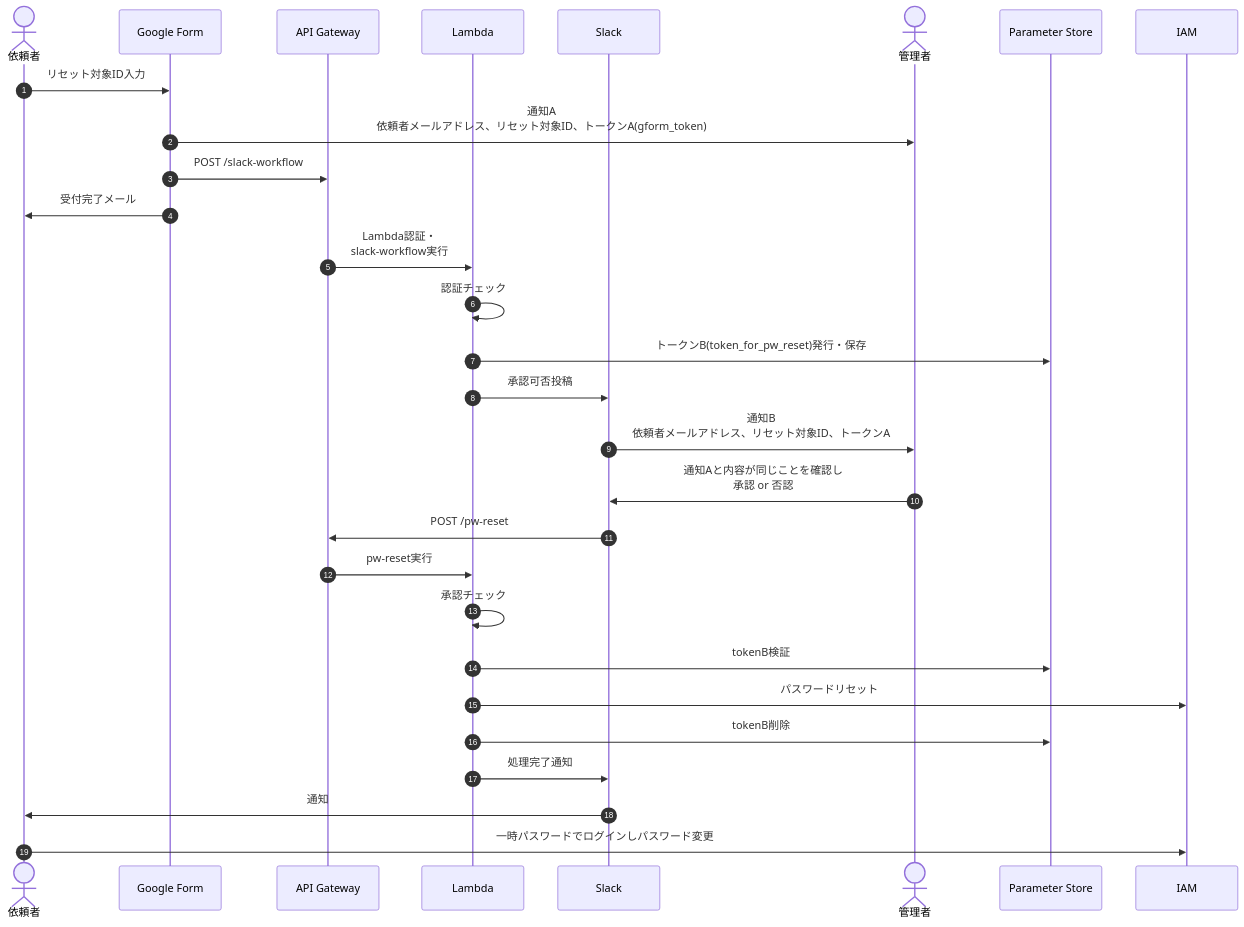
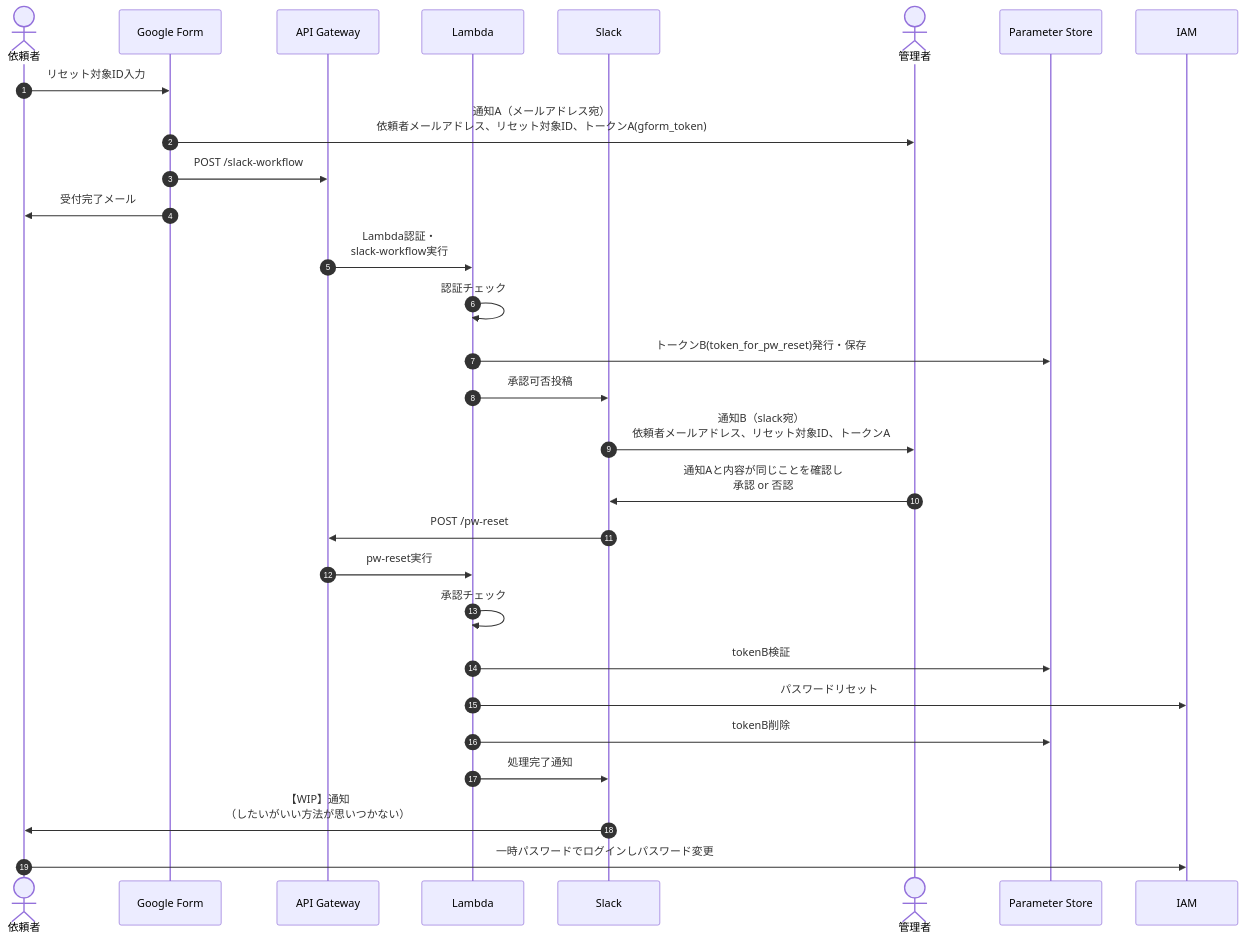
The diagram in README.md (hige-dev/pw-reset), drawn with Mermaid before and after one commit.

````diff
--- a/README.md
+++ b/README.md
@@ -67,31 +67,31 @@
 ```mermaid
 sequenceDiagram
   autonumber
   actor line_2 as 依頼者
   participant line_1 as Google Form
   participant line_3 as API Gateway
   participant line_5 as Lambda
   participant line_6 as Slack
   actor line_7 as 管理者
   participant line_11 as Parameter Store
   participant line_10 as IAM
   line_2 ->> line_1: リセット対象ID入力
-  line_1 ->> line_7: 通知A<br>依頼者メールアドレス、リセット対象ID、トークンA(gform_token)
+  line_1 ->> line_7: 通知A（メールアドレス宛）<br>依頼者メールアドレス、リセット対象ID、トークンA(gform_token)
   line_1 ->> line_3: POST /slack-workflow
   line_1 ->> line_2: 受付完了メール
   line_3 ->> line_5: Lambda認証・<br>slack-workflow実行
   line_5 ->> line_5: 認証チェック
   line_5 ->> line_11: トークンB(token_for_pw_reset)発行・保存
   line_5 ->> line_6: 承認可否投稿
-  line_6 ->> line_7: 通知B<br>依頼者メールアドレス、リセット対象ID、トークンA
+  line_6 ->> line_7: 通知B（slack宛）<br>依頼者メールアドレス、リセット対象ID、トークンA
   line_7 ->> line_6: 通知Aと内容が同じことを確認し<br>承認 or 否認
   line_6 ->> line_3: POST /pw-reset
   line_3 ->> line_5: pw-reset実行
   line_5 ->> line_5: 承認チェック
   line_5 ->> line_11: tokenB検証
   line_5 ->> line_10: パスワードリセット
   line_5 ->> line_11: tokenB削除
   line_5 ->> line_6: 処理完了通知
-  line_6 ->> line_2: 通知
+  line_6 ->> line_2: 【WIP】通知<br>（したいがいい方法が思いつかない）
   line_2 ->> line_10: 一時パスワードでログインしパスワード変更
 ```
````
